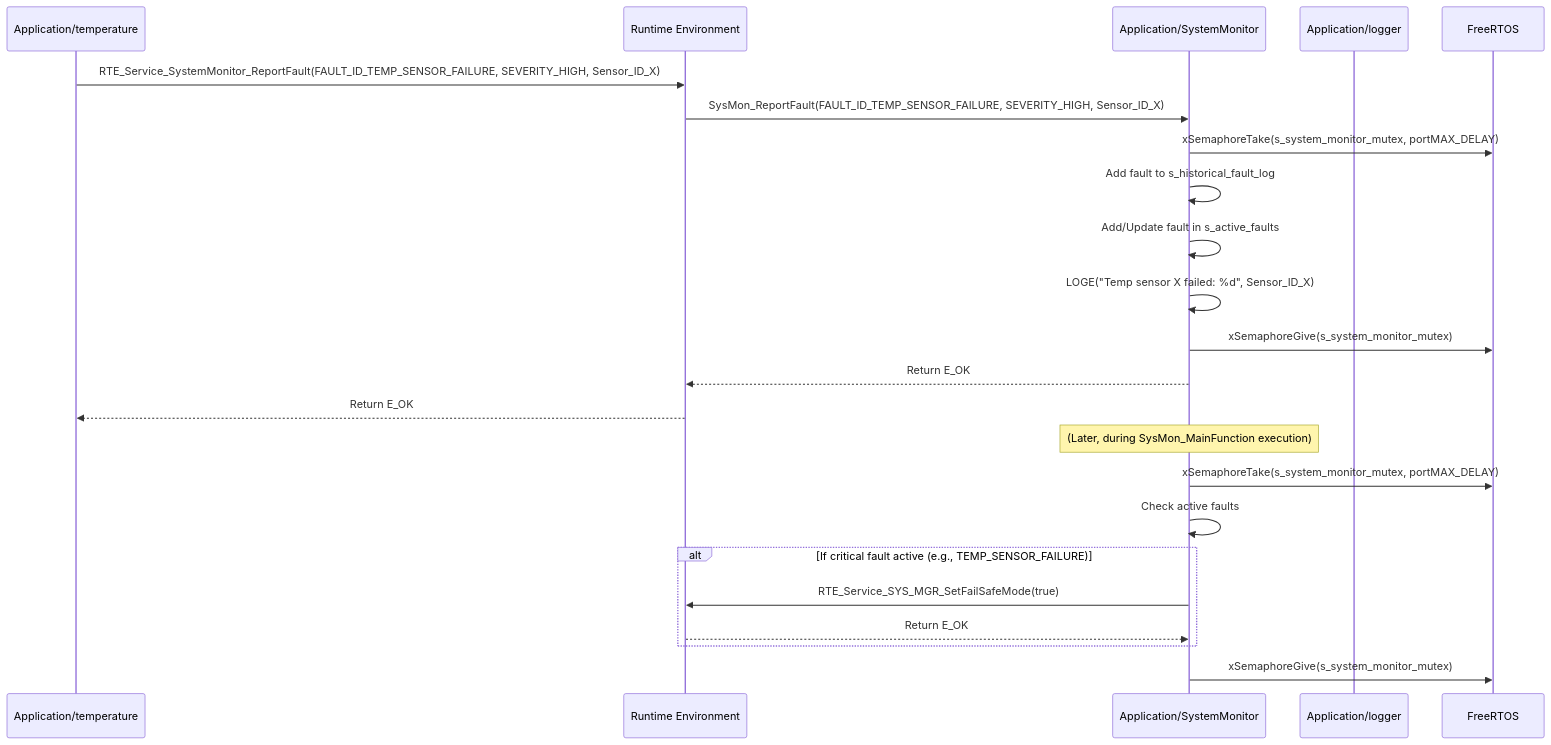
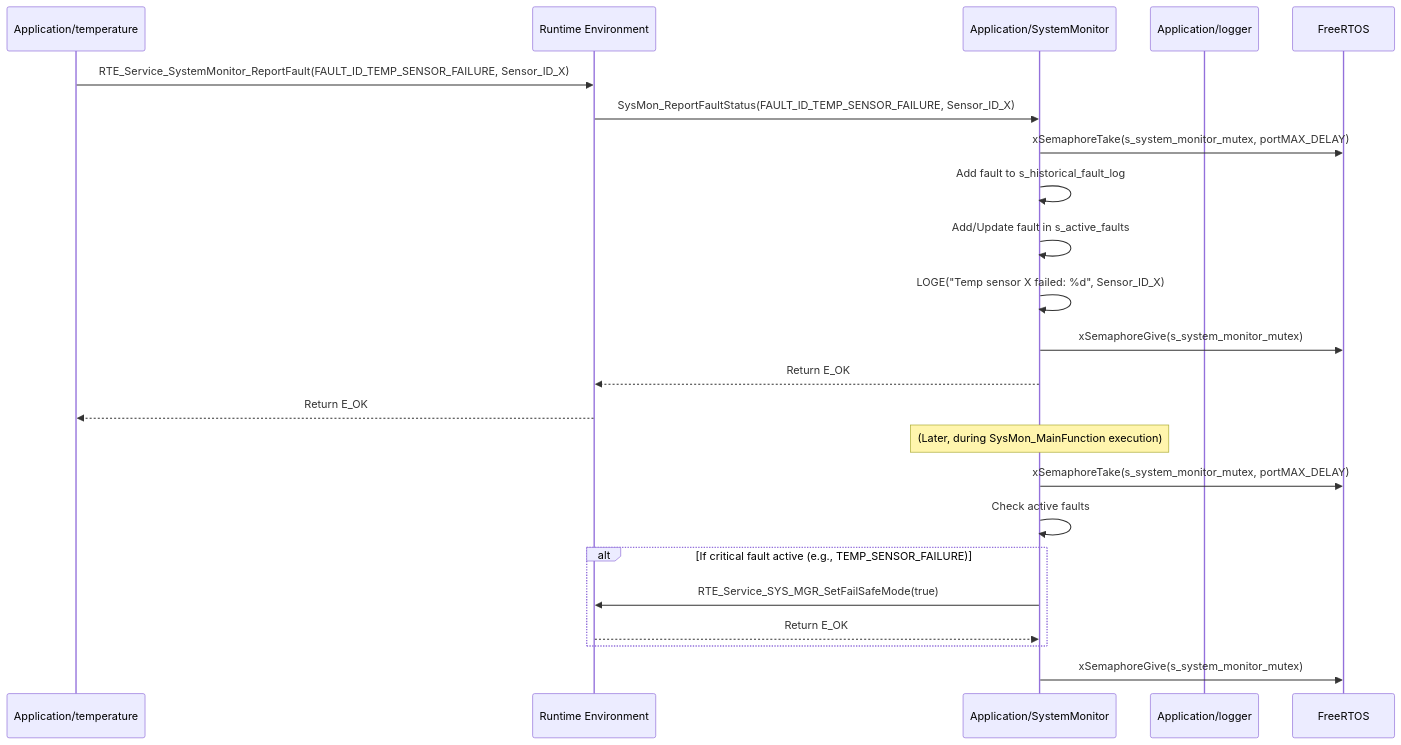
One commit to ashaker-2/Platform changed the diagram in Requiremets/Design/Application/SystemMonitor.md. Above: the diagram before and after it, drawn with Mermaid. The commit also changed other lines of this file and 79 other files, not shown here.

````diff
--- a/Requiremets/Design/Application/SystemMonitor.md
+++ b/Requiremets/Design/Application/SystemMonitor.md
@@ -225,27 +230,27 @@
 ```mermaid
 sequenceDiagram  
     participant TempSensor as Application/temperature  
     participant RTE as Runtime Environment  
     participant SystemMonitor as Application/SystemMonitor  
     participant Logger as Application/logger  
     participant FreeRTOS as FreeRTOS
 
-    TempSensor->>RTE: RTE_Service_SystemMonitor_ReportFault(FAULT_ID_TEMP_SENSOR_FAILURE, SEVERITY_HIGH, Sensor_ID_X)  
-    RTE->>SystemMonitor: SysMon_ReportFault(FAULT_ID_TEMP_SENSOR_FAILURE, SEVERITY_HIGH, Sensor_ID_X)  
+    TempSensor->>RTE: RTE_Service_SystemMonitor_ReportFault(FAULT_ID_TEMP_SENSOR_FAILURE,  Sensor_ID_X)  
+    RTE->>SystemMonitor: SysMon_ReportFaultStatus(FAULT_ID_TEMP_SENSOR_FAILURE,  Sensor_ID_X)  
     SystemMonitor->>FreeRTOS: xSemaphoreTake(s_system_monitor_mutex, portMAX_DELAY)  
     SystemMonitor->>SystemMonitor: Add fault to s_historical_fault_log  
     SystemMonitor->>SystemMonitor: Add/Update fault in s_active_faults  
     SystemMonitor->>SystemMonitor: LOGE("Temp sensor X failed: %d", Sensor_ID_X)  
     SystemMonitor->>FreeRTOS: xSemaphoreGive(s_system_monitor_mutex)  
     SystemMonitor-->>RTE: Return E_OK  
     RTE-->>TempSensor: Return E_OK
 
     Note over SystemMonitor: (Later, during SysMon_MainFunction execution)  
     SystemMonitor->>FreeRTOS: xSemaphoreTake(s_system_monitor_mutex, portMAX_DELAY)  
     SystemMonitor->>SystemMonitor: Check active faults  
     alt If critical fault active (e.g., TEMP_SENSOR_FAILURE)  
         SystemMonitor->>RTE: RTE_Service_SYS_MGR_SetFailSafeMode(true)  
         RTE-->>SystemMonitor: Return E_OK  
     end  
     SystemMonitor->>FreeRTOS: xSemaphoreGive(s_system_monitor_mutex)
 ```
````
